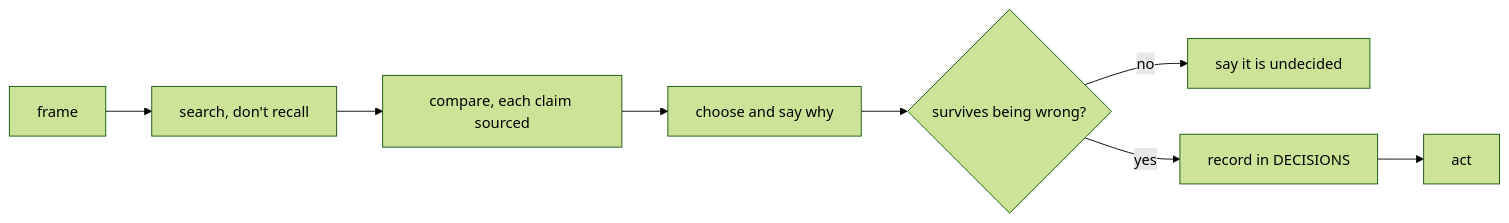
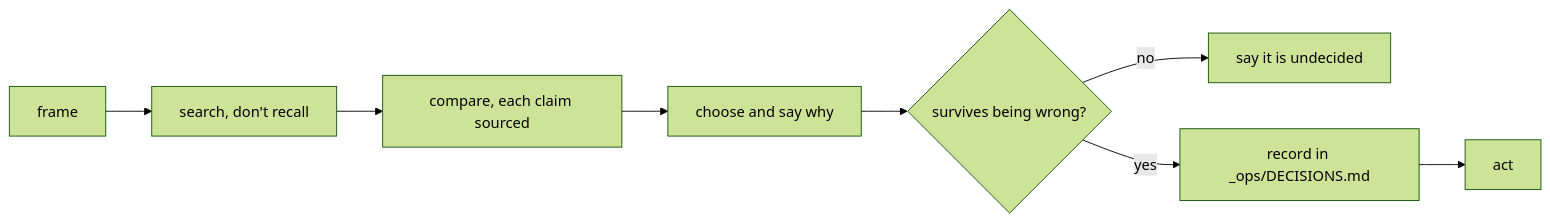
Before and after one commit to jamillazarev/opsinist: the fifth of 24 diagrams in diagrams.md, drawn with Mermaid (forest theme). The commit also changed other lines of this file and 23 other files, not shown here.

````diff
--- a/diagrams.md
+++ b/diagrams.md
@@ -101,7 +101,7 @@
 ```mermaid
 flowchart LR
   F[frame] --> S[search, don't recall] --> C[compare, each claim sourced]
   C --> D[choose and say why] --> W{survives being wrong?}
   W -- no --> U[say it is undecided]
-  W -- yes --> R[record in DECISIONS] --> A[act]
+  W -- yes --> R[record in _ops/DECISIONS.md] --> A[act]
 ```
````
